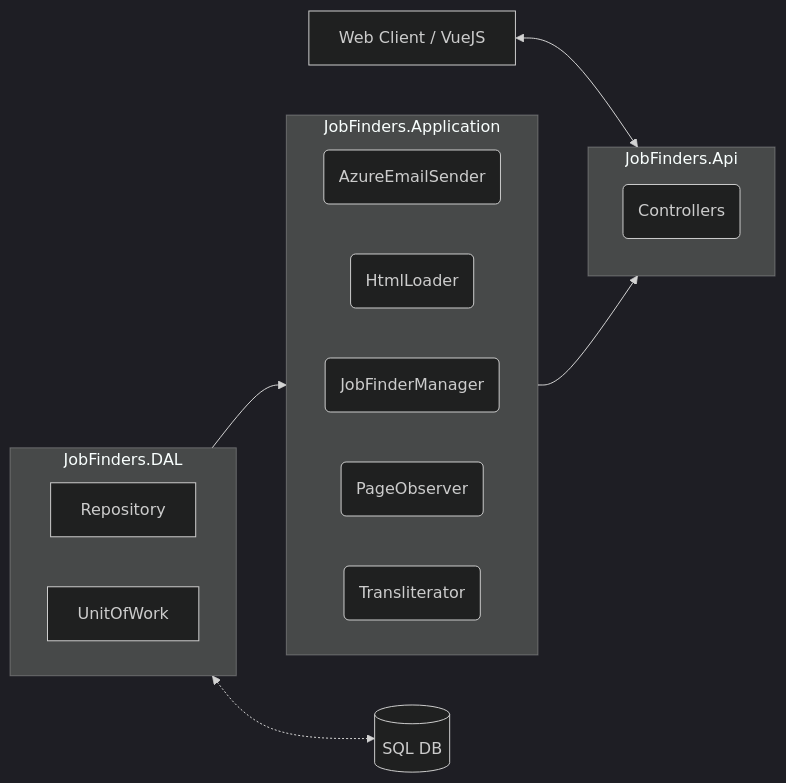
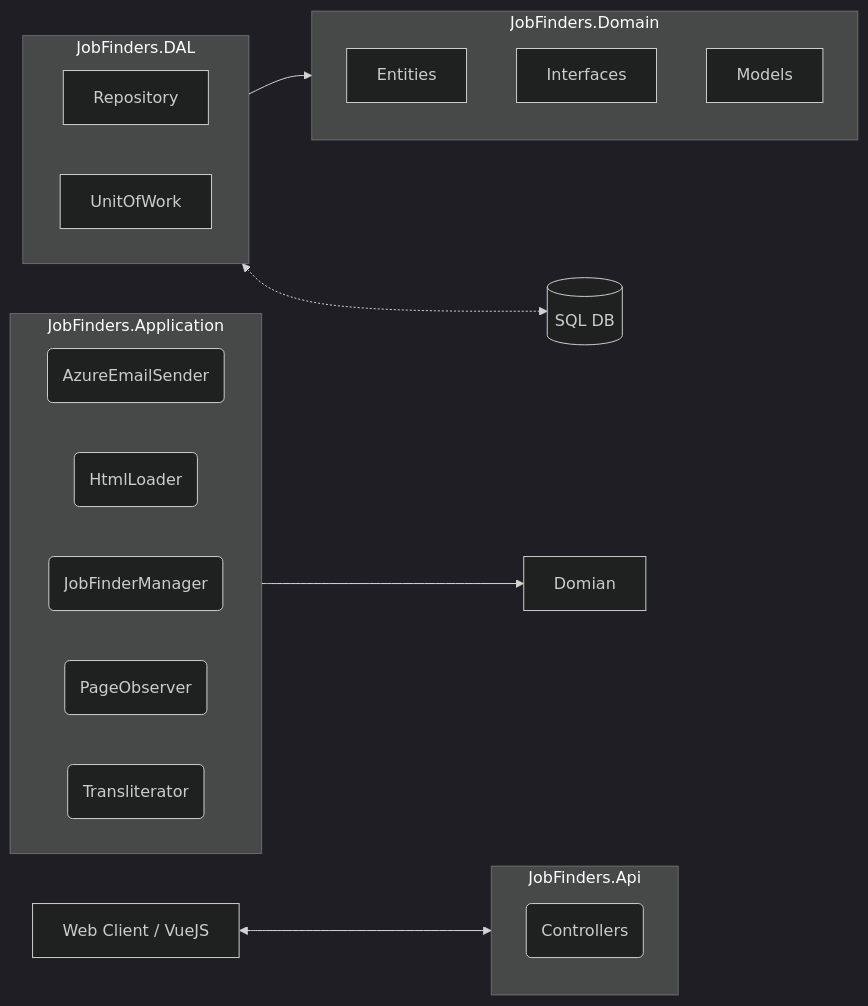
The diagram in README.md (DarthVader666666/JobFinder), drawn with Mermaid (dark theme) before and after one commit.

````diff
--- a/README.md
+++ b/README.md
@@ -1,28 +1,34 @@
 ```mermaid
 flowchart LR
   subgraph API[JobFinders.Api]
     Controllers(Controllers)
   end
 
   Client[Web Client / VueJS] <--> API
 
   subgraph Application[JobFinders.Application]
     direction LR
     AzureEmailSender(AzureEmailSender)
     HtmlLoader(HtmlLoader)
     JobFinderManager(JobFinderManager)    
     PageObserver(PageObserver)
     Transliterator(Transliterator)
   end
 
   subgraph DAL[JobFinders.DAL]
     direction LR
     Repository[Repository]
     UOW[UnitOfWork]
   end
 
-  DAL --> Application
-  Application --> API
+  subgraph Domain[JobFinders.Domain]
+    Entities[Entities]
+    Interfaces[Interfaces]
+    Models[Models]
+  end
+
+  DAL --> Domain
+  Application --> Domian
 
   DAL <-.-> DB[(SQL DB)]
 ```
````
